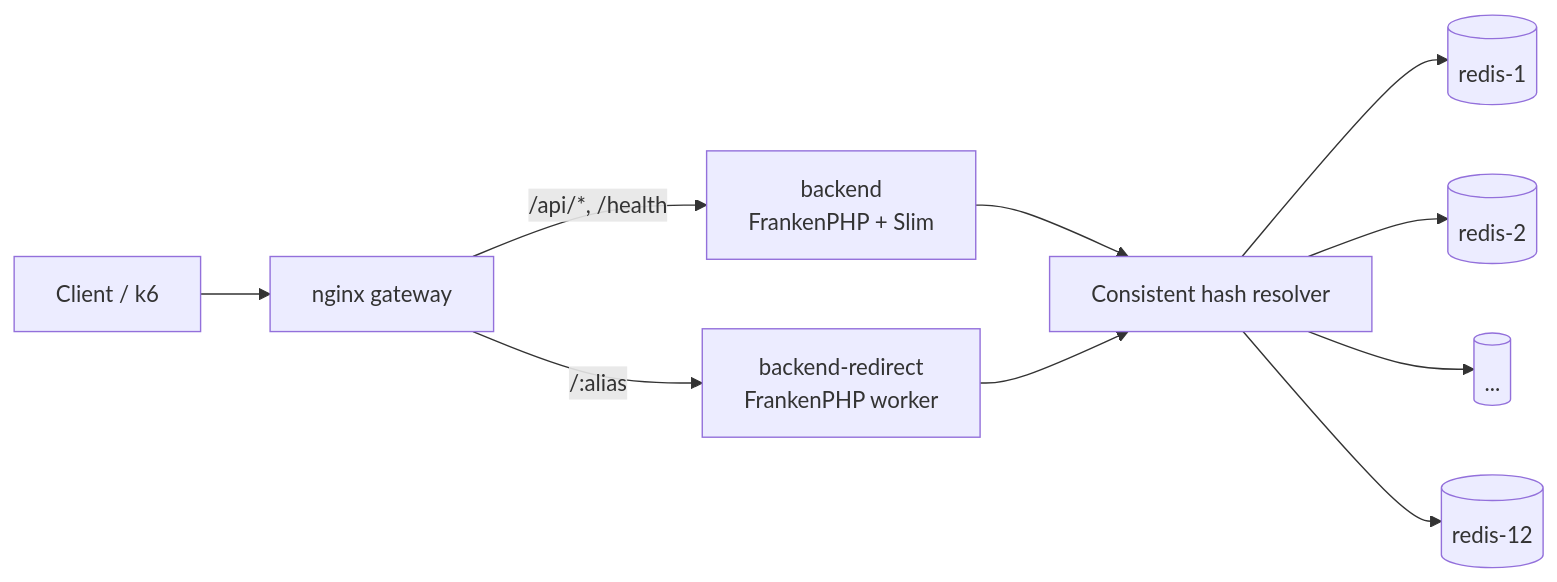
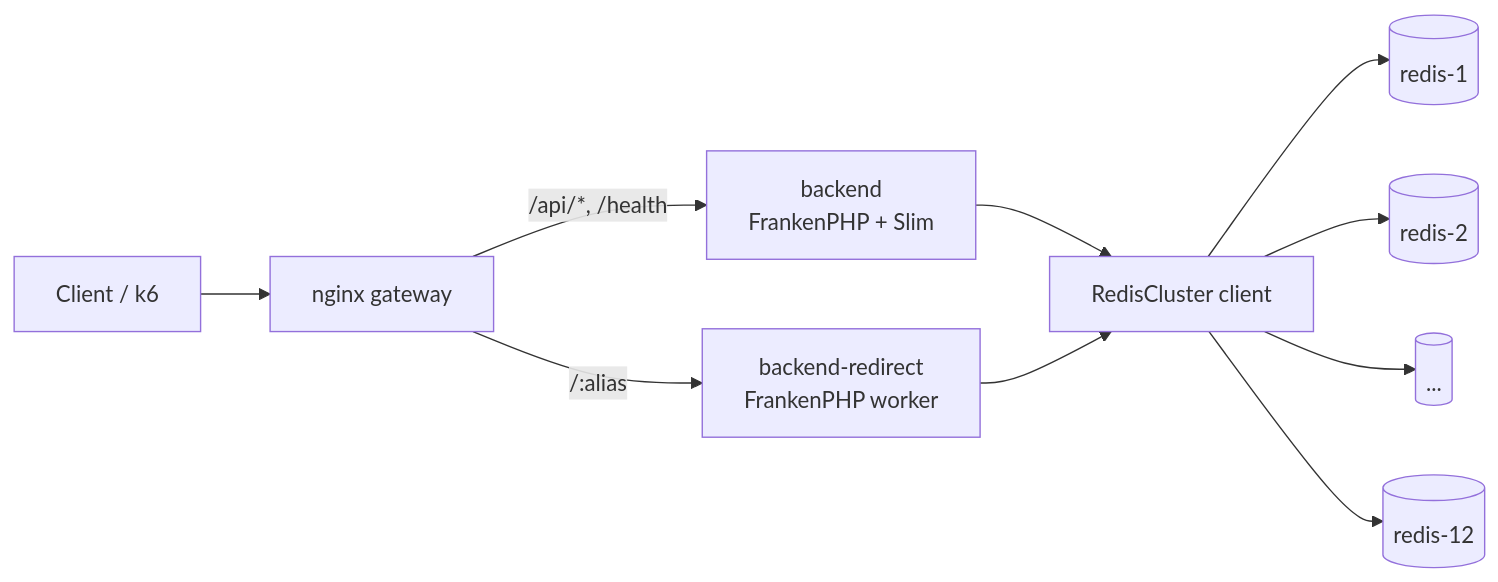
The first of 4 diagrams in variants/distributed/README.md (sumiredc/alias-url), drawn with Mermaid before and after one commit. The commit also changed other lines of this file and 27 other files, not shown here.

````diff
--- a/variants/distributed/README.md
+++ b/variants/distributed/README.md
@@ -7,14 +7,14 @@
 ```mermaid
 flowchart LR
     client[Client / k6] --> gateway[nginx gateway]
     gateway -- "/api/*, /health" --> backend[backend<br/>FrankenPHP + Slim]
     gateway -- "/:alias" --> redirect[backend-redirect<br/>FrankenPHP worker]
 
-    backend --> resolver[Consistent hash resolver]
-    redirect --> resolver
+    backend --> cluster[RedisCluster client]
+    redirect --> cluster
 
-    resolver --> r1[(redis-1)]
-    resolver --> r2[(redis-2)]
-    resolver --> r3[(...)]
-    resolver --> r12[(redis-12)]
+    cluster --> r1[(redis-1)]
+    cluster --> r2[(redis-2)]
+    cluster --> r3[(...)]
+    cluster --> r12[(redis-12)]
 ```
````
